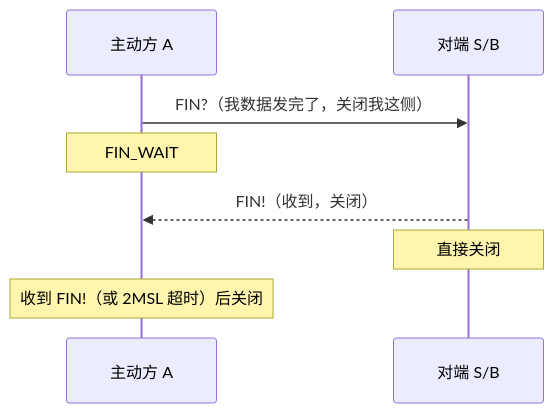
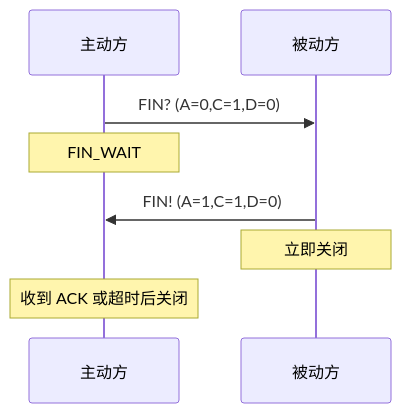
One commit to moky/magpie-bridge changed the third of 4 diagrams in docs/design-workflow.zh-CN.md. Above: the diagram before and after it, drawn with Mermaid. The commit also changed other lines of this file and 9 other files, not shown here.

````diff
--- a/docs/design-workflow.zh-CN.md
+++ b/docs/design-workflow.zh-CN.md
@@ -88,10 +47,10 @@
 ```mermaid
 sequenceDiagram
-    participant A as 主动方 A
-    participant S as 对端 S/B
-    A->>S: FIN?（我数据发完了，关闭我这侧）
+    participant A as 主动方
+    participant B as 被动方
+    A->>B: FIN? (A=0,C=1,D=0)
     Note over A: FIN_WAIT
-    S-->>A: FIN!（收到，关闭）
-    Note over S: 直接关闭
-    Note over A: 收到 FIN!（或 2MSL 超时）后关闭
+    B->>A: FIN! (A=1,C=1,D=0)
+    Note over B: 立即关闭
+    Note over A: 收到 ACK 或超时后关闭
 ```
````
